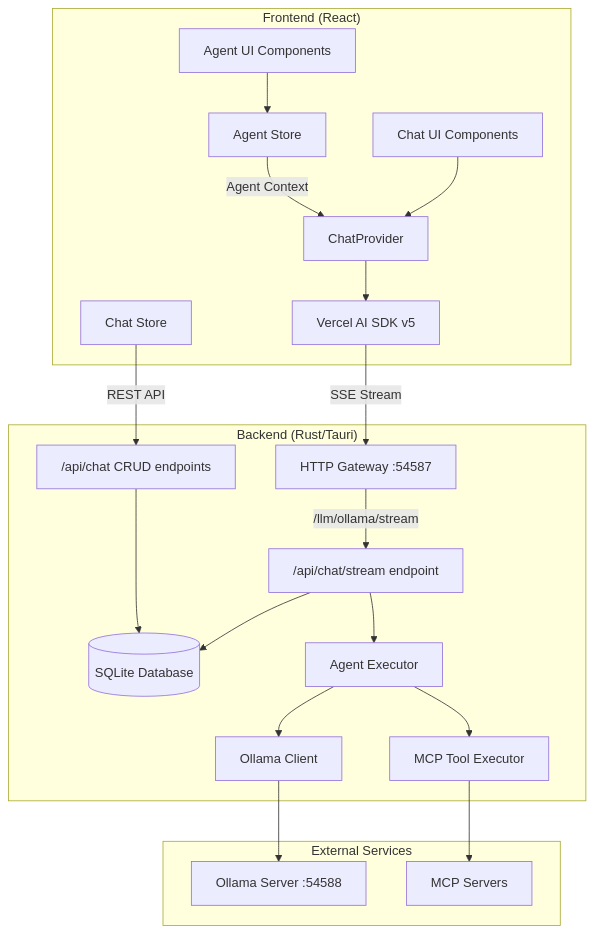
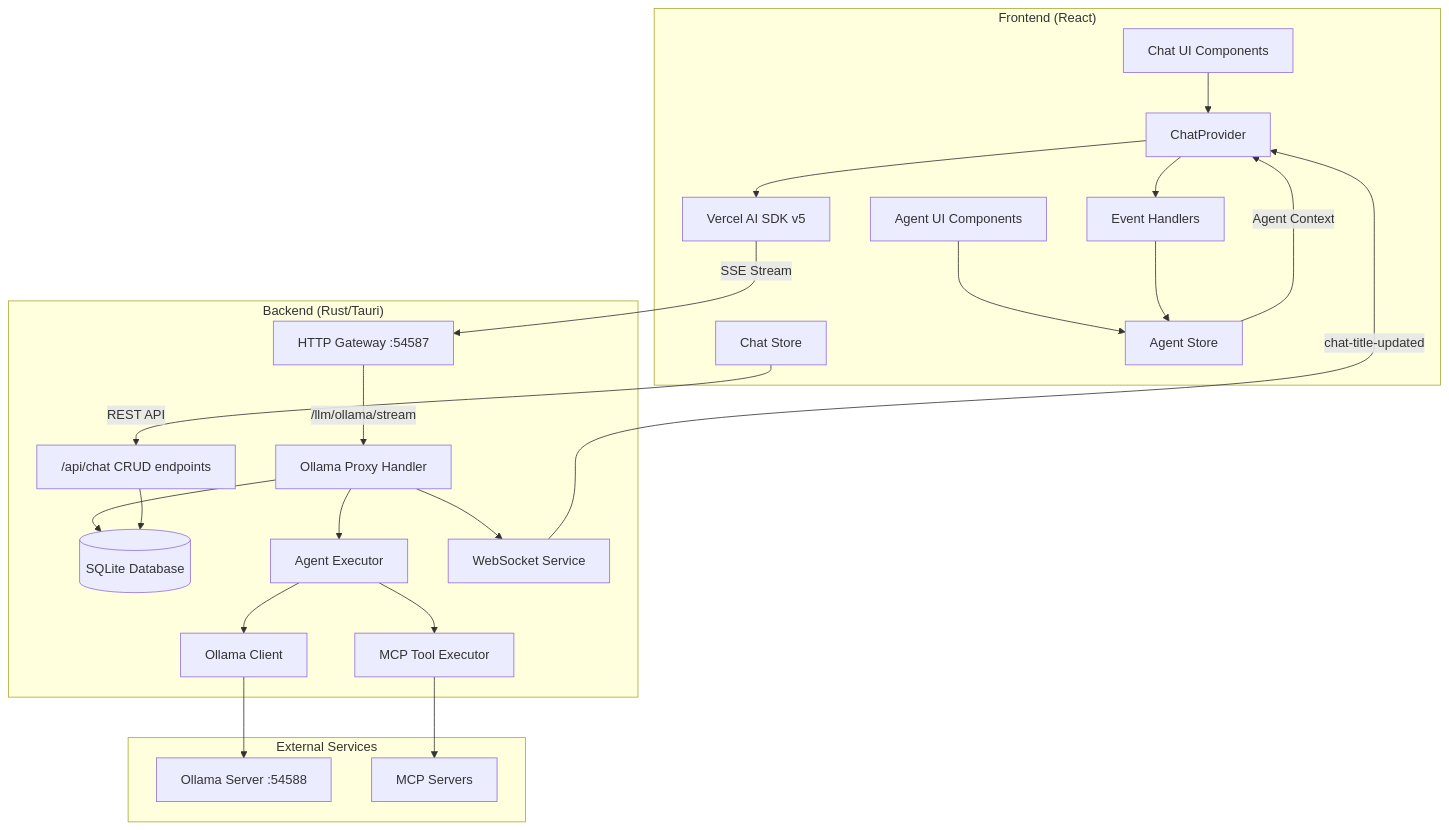
The first of 3 diagrams in desktop/chat-architecture.md (archestra-ai/prototypes), drawn with Mermaid before and after one commit. The commit also changed other lines of this file and 1 other file, not shown here.

First line of the commit message:
docs: update CLAUDE.md and chat-architecture.md for streaming agent architecture

````diff
--- a/desktop/chat-architecture.md
+++ b/desktop/chat-architecture.md
@@ -9,44 +9,50 @@
 ```mermaid
 graph TB
     subgraph "Frontend (React)"
         UI[Chat UI Components]
         AUI[Agent UI Components]
         CP[ChatProvider]
         SDK[Vercel AI SDK v5]
         CS[Chat Store]
         AS[Agent Store]
+        EH[Event Handlers]
     end
 
     subgraph "Backend (Rust/Tauri)"
         GW[HTTP Gateway :54587]
-        STREAM["/api/chat/stream endpoint"]
+        STREAM[Ollama Proxy Handler]
         CRUD["/api/chat CRUD endpoints"]
         DB[(SQLite Database)]
         AE[Agent Executor]
         MCP[MCP Tool Executor]
         OC[Ollama Client]
+        WS[WebSocket Service]
     end
 
     subgraph "External Services"
         OLLAMA[Ollama Server :54588]
         MCPS[MCP Servers]
     end
 
     UI --> CP
     AUI --> AS
     CP --> SDK
     SDK --> |"SSE Stream"| GW
     GW --> |"/llm/ollama/stream"| STREAM
     CS --> |"REST API"| CRUD
     AS --> |"Agent Context"| CP
+    CP --> EH
+    EH --> AS
 
     STREAM --> DB
     STREAM --> AE
     AE --> MCP
     AE --> OC
+    STREAM --> WS
 
     OC --> OLLAMA
     MCP --> MCPS
 
     CRUD --> DB
+    WS --> |"chat-title-updated"| CP
 ```
````
